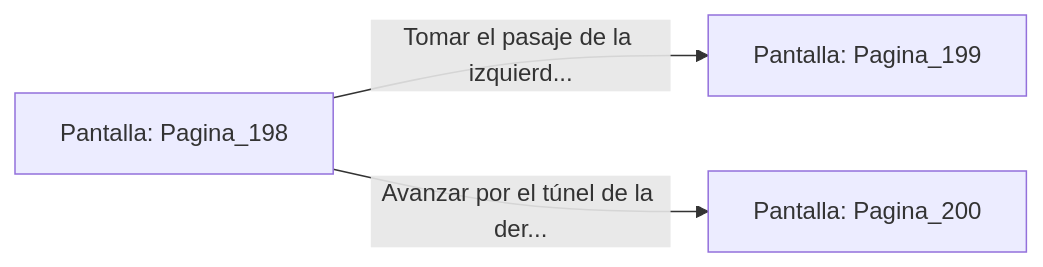
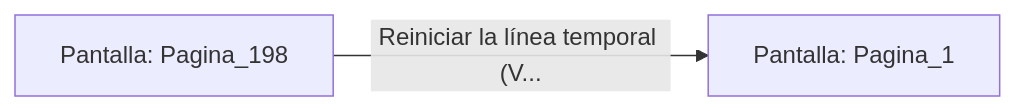
The diagram in sample/eligejuego-vault/Pantalla_Pagina_198.md (metsuke/mpl), drawn with Mermaid before and after one commit. The commit also changed other lines of this file and 635 other files, not shown here.

First line of the commit message:
fix: añadir Pagina_1 como pantalla inicial en capitulo_01.mpl

````diff
--- a/sample/eligejuego-vault/Pantalla_Pagina_198.md
+++ b/sample/eligejuego-vault/Pantalla_Pagina_198.md
@@ -20,6 +17,5 @@
 ```mermaid
 graph LR
     P_Pagina_198["Pantalla: Pagina_198"]
-    P_Pagina_198 -->|"Tomar el pasaje de la izquierd..."| P_Pagina_199["Pantalla: Pagina_199"]
-    P_Pagina_198 -->|"Avanzar por el túnel de la der..."| P_Pagina_200["Pantalla: Pagina_200"]
+    P_Pagina_198 -->|"Reiniciar la línea temporal (V..."| P_Pagina_1["Pantalla: Pagina_1"]
 ```
````
